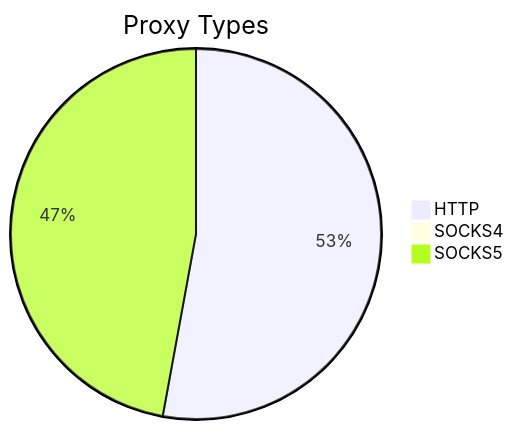
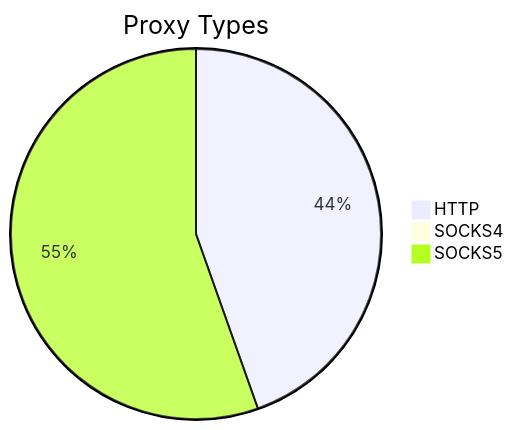
One commit to stormsia/proxy-list changed the first of 2 diagrams in README.md. Above: the diagram before and after it, drawn with Mermaid. The commit also changed other lines of this file, not shown here.

````diff
--- a/README.md
+++ b/README.md
@@ -21,6 +21,6 @@
 ```mermaid
 pie title Proxy Types
-    "HTTP" : 1258
-    "SOCKS4" : 9
-    "SOCKS5" : 1121
+    "HTTP" : 855
+    "SOCKS4" : 8
+    "SOCKS5" : 1063
 ```
````
